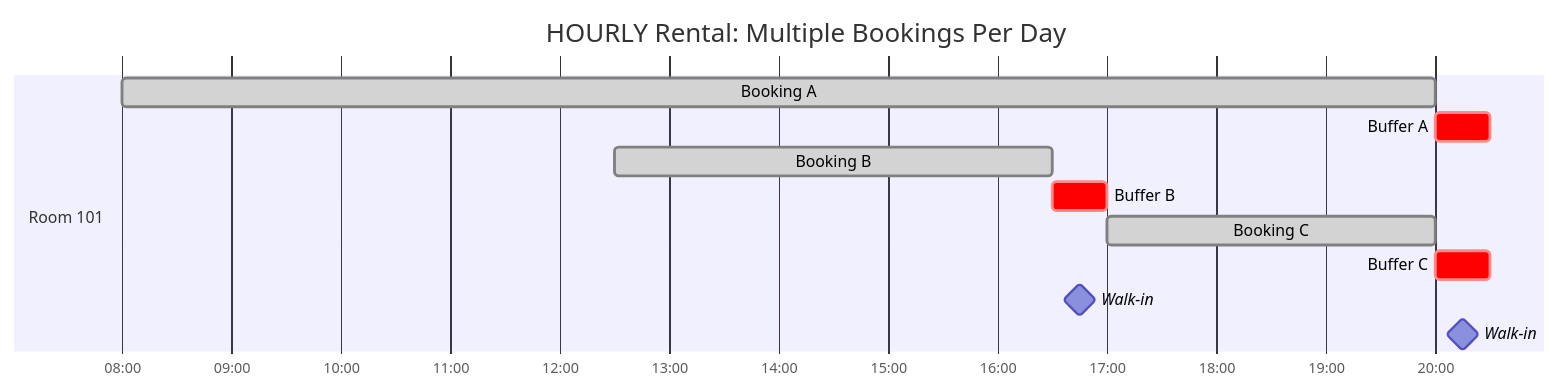
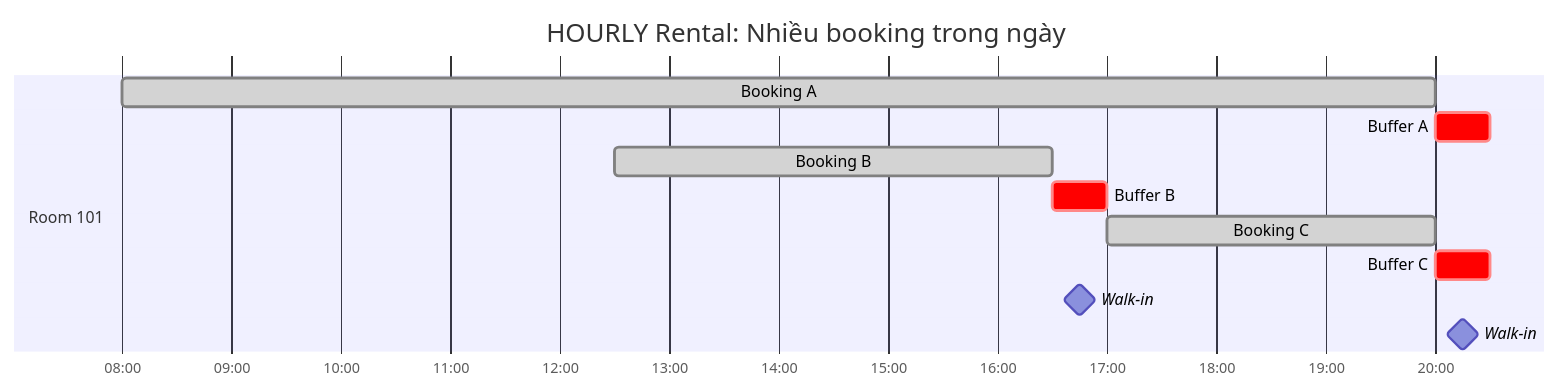
One commit to PhamVietHoangFPT/databaseHomi changed diagram 15 of 54 in Mermaid.md. Above: the diagram before and after it, drawn with Mermaid. The commit also changed other lines of this file and 3 other files, not shown here.

````diff
--- a/Mermaid.md
+++ b/Mermaid.md
@@ -555,16 +555,16 @@
 ```mermaid
 gantt
-    title HOURLY Rental: Multiple Bookings Per Day
+    title HOURLY Rental: Nhiều booking trong ngày
     dateFormat HH:mm
     axisFormat %H:%M
 
     section Room 101
     Booking A  :done, bA1, 08:00, 12h
     Buffer A   :crit, bufA, after bA1, 30m
     Booking B  :done, bB1, 12:30, 04h
     Buffer B   :crit, bufB, after bB1, 30m
     Booking C  :done, bC1, 17:00, 03h
     Buffer C   :crit, bufC, after bC1, 30m
     Walk-in    :milestone, walk, 16:30, 30m
     Walk-in    :milestone, walk2, 20:00, 30m
 ```
````
